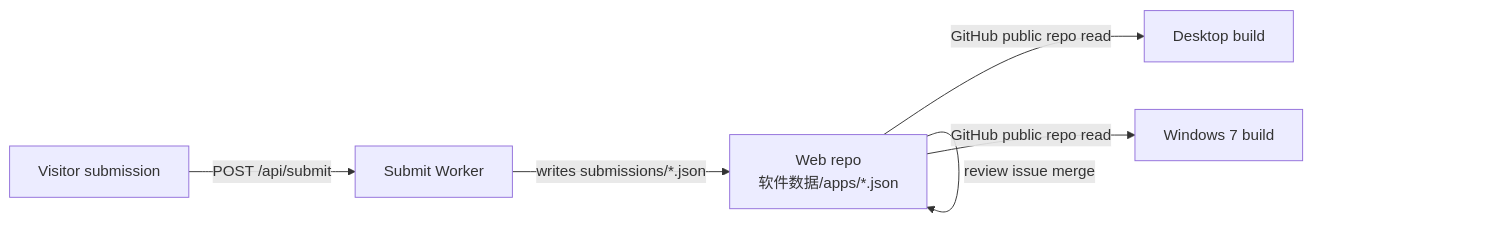
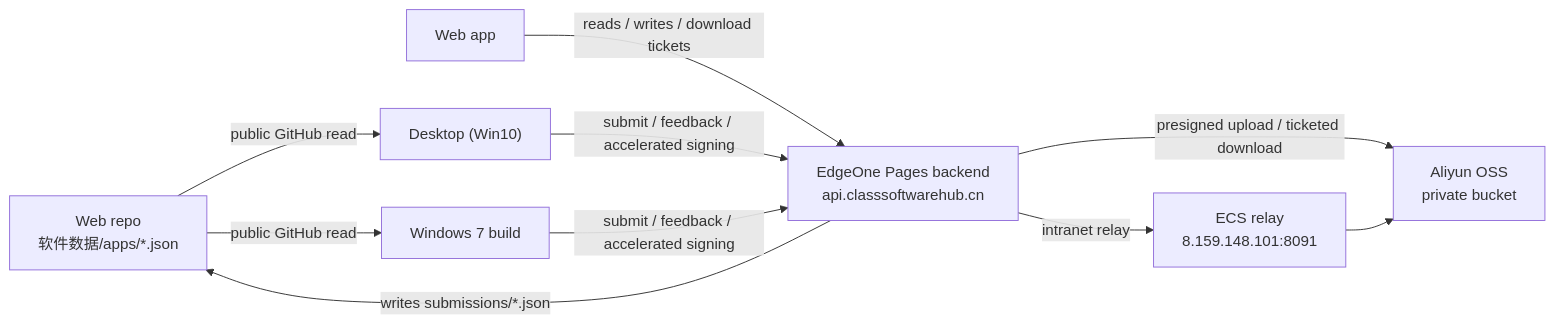
One commit to c1201y/classsoftwarehub-docs changed the diagram in docs/en/doc/overview.md. Above: the diagram before and after it, drawn with Mermaid. The commit also changed other lines of this file and 37 other files, not shown here.

First line of the commit message:
docs: 补齐 Windows 10 桌面端文档并同步 EdgeOne 后端

````diff
--- a/docs/en/doc/overview.md
+++ b/docs/en/doc/overview.md
@@ -55,8 +57,12 @@
 ```mermaid
 graph LR
-    A["Web repo<br/>软件数据/apps/*.json"] -->|"GitHub public repo read"| B["Desktop build"]
-    A -->|"GitHub public repo read"| C["Windows 7 build"]
-    D["Visitor submission"] -->|"POST /api/submit"| E["Submit Worker"]
-    E -->|"writes submissions/*.json"| A
-    A -->|"review issue merge"| A
+    A["Web repo<br/>软件数据/apps/*.json"] -->|"public GitHub read"| B["Desktop (Win10)"]
+    A -->|"public GitHub read"| C["Windows 7 build"]
+    W["Web app"] -->|"reads / writes / download tickets"| API["EdgeOne Pages backend<br/>api.classsoftwarehub.cn"]
+    B -->|"submit / feedback / accelerated signing"| API
+    C -->|"submit / feedback / accelerated signing"| API
+    API -->|"writes submissions/*.json"| A
+    API -->|"presigned upload / ticketed download"| OSS["Aliyun OSS<br/>private bucket"]
+    API -->|"intranet relay"| ECS["ECS relay<br/>8.159.148.101:8091"]
+    ECS --> OSS
 ```
````
